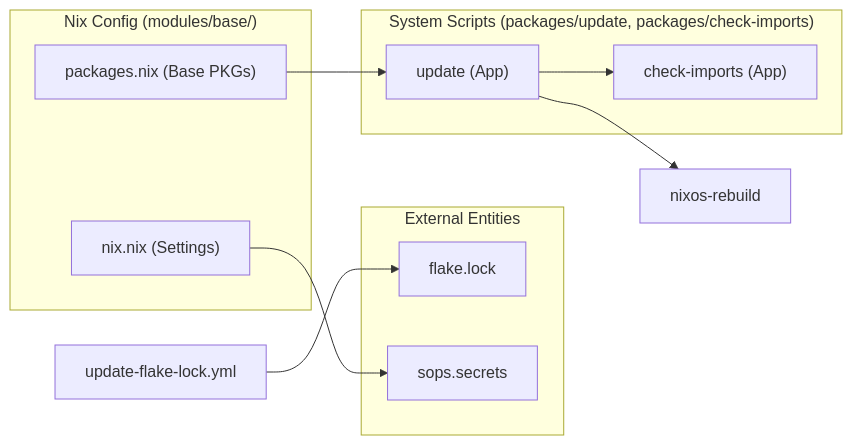
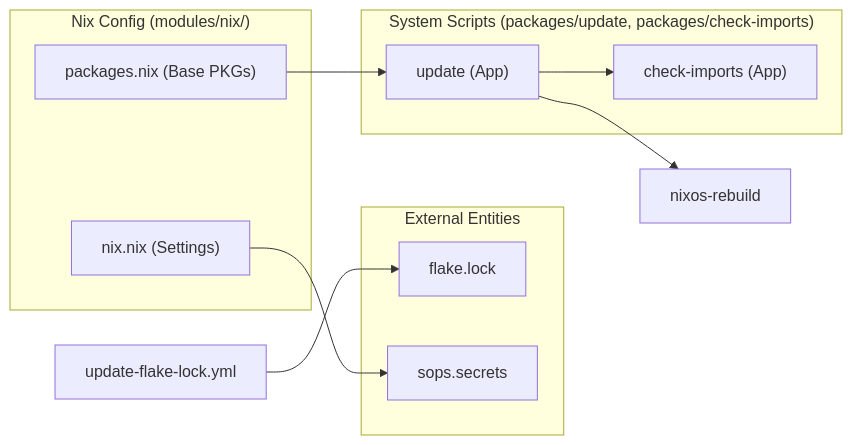
Before and after one commit to Cody-W-Tucker/nix-config: the second of 2 diagrams in docs/Getting-Started-Building-and-Updating-the-System.md, drawn with Mermaid. The commit also changed other lines of this file and 39 other files, not shown here.

````diff
--- a/docs/Getting-Started-Building-and-Updating-the-System.md
+++ b/docs/Getting-Started-Building-and-Updating-the-System.md
@@ -149,22 +149,22 @@
 ```mermaid
 flowchart LR
     REBUILD["nixos-rebuild"]
     GITHUB_ACTION["update-flake-lock.yml"]
     subgraph subGraph2 ["External Entities"]
         FLAKE_LOCK["flake.lock"]
         SOPS_SECRETS["sops.secrets"]
     end
-    subgraph subGraph1 ["Nix Config (modules/base/)"]
+    subgraph subGraph1 ["Nix Config (modules/nix/)"]
         NIX_SETTINGS["nix.nix (Settings)"]
         SYS_PKGS["packages.nix (Base PKGs)"]
     end
     subgraph subGraph0 ["System Scripts (packages/update, packages/check-imports)"]
         UPDATE["update (App)"]
         CHECK["check-imports (App)"]
     end
     UPDATE --> CHECK
     UPDATE --> REBUILD
     SYS_PKGS --> UPDATE
     NIX_SETTINGS --> SOPS_SECRETS
     GITHUB_ACTION --> FLAKE_LOCK
 ```
````
